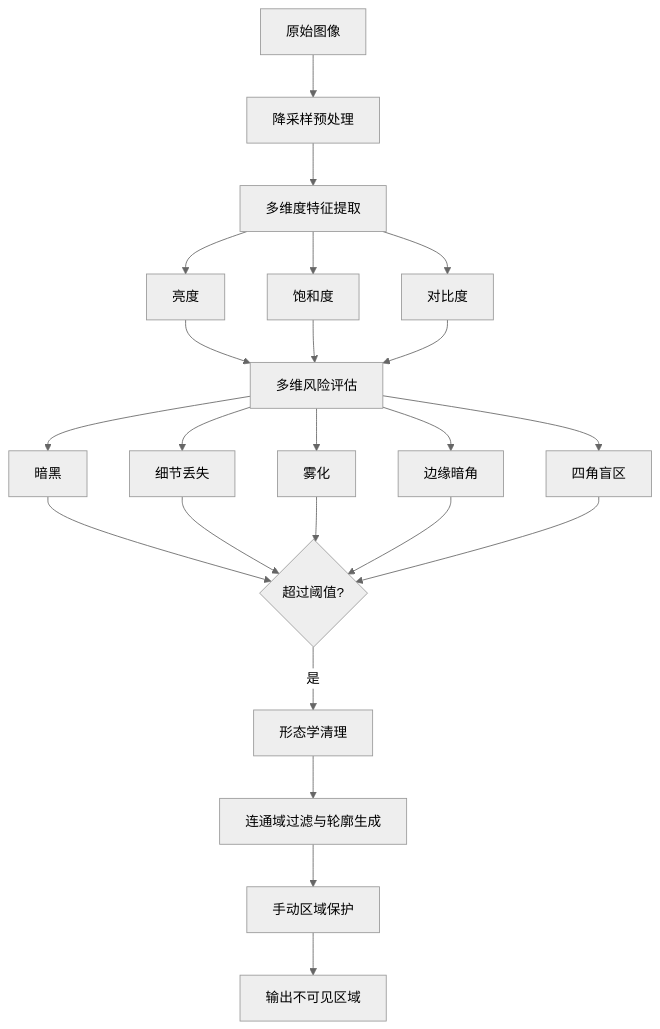
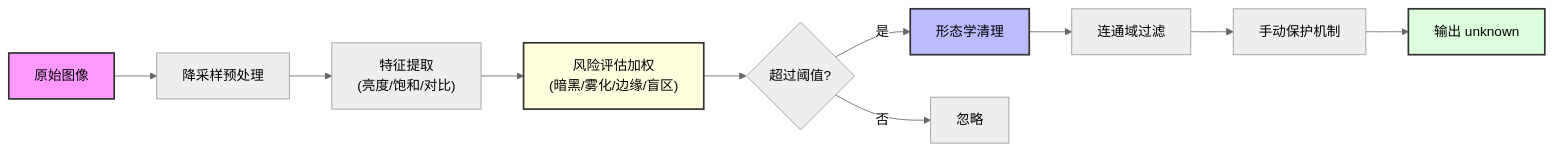
The second of 2 diagrams in README.md (Kan9C00L/water-gauge-annotator), drawn with Mermaid (neutral theme) before and after one commit. The commit also changed other lines of this file, not shown here.

````diff
--- a/README.md
+++ b/README.md
@@ -22,19 +31,24 @@
 ```mermaid
-graph TD
+graph LR
     A[原始图像] --> B[降采样预处理]
-    B --> C[多维度特征提取]
-    C --> C1[亮度]
-    C --> C2[饱和度]
-    C --> C3[对比度]
-    C1 & C2 & C3 --> D[多维风险评估]
-    D --> D1[暗黑]
-    D --> D2[细节丢失]
-    D --> D3[雾化]
-    D --> D4[边缘暗角]
-    D --> D5[四角盲区]
-    D1 & D2 & D3 & D4 & D5 --> E{超过阈值?}
+    
+    B --> C["特征提取<br/>(亮度/饱和/对比)"]
+    
+    C --> D["风险评估加权<br/>(暗黑/雾化/边缘/盲区)"]
+    
+    D --> E{超过阈值?}
+    
     E -->|是| F[形态学清理]
-    F --> G[连通域过滤与轮廓生成]
-    G --> H[手动区域保护]
-    H --> I[输出不可见区域]
+    E -->|否| J[忽略]
+    
+    F --> G[连通域过滤]
+    
+    G --> H[手动保护机制]
+    
+    H --> I[输出 unknown]
+
+    style A fill:#f9f,stroke:#333,stroke-width:2px
+    style D fill:#ffd,stroke:#333,stroke-width:2px
+    style F fill:#bbf,stroke:#333,stroke-width:2px
+    style I fill:#dfd,stroke:#333,stroke-width:2px
 ```
````
